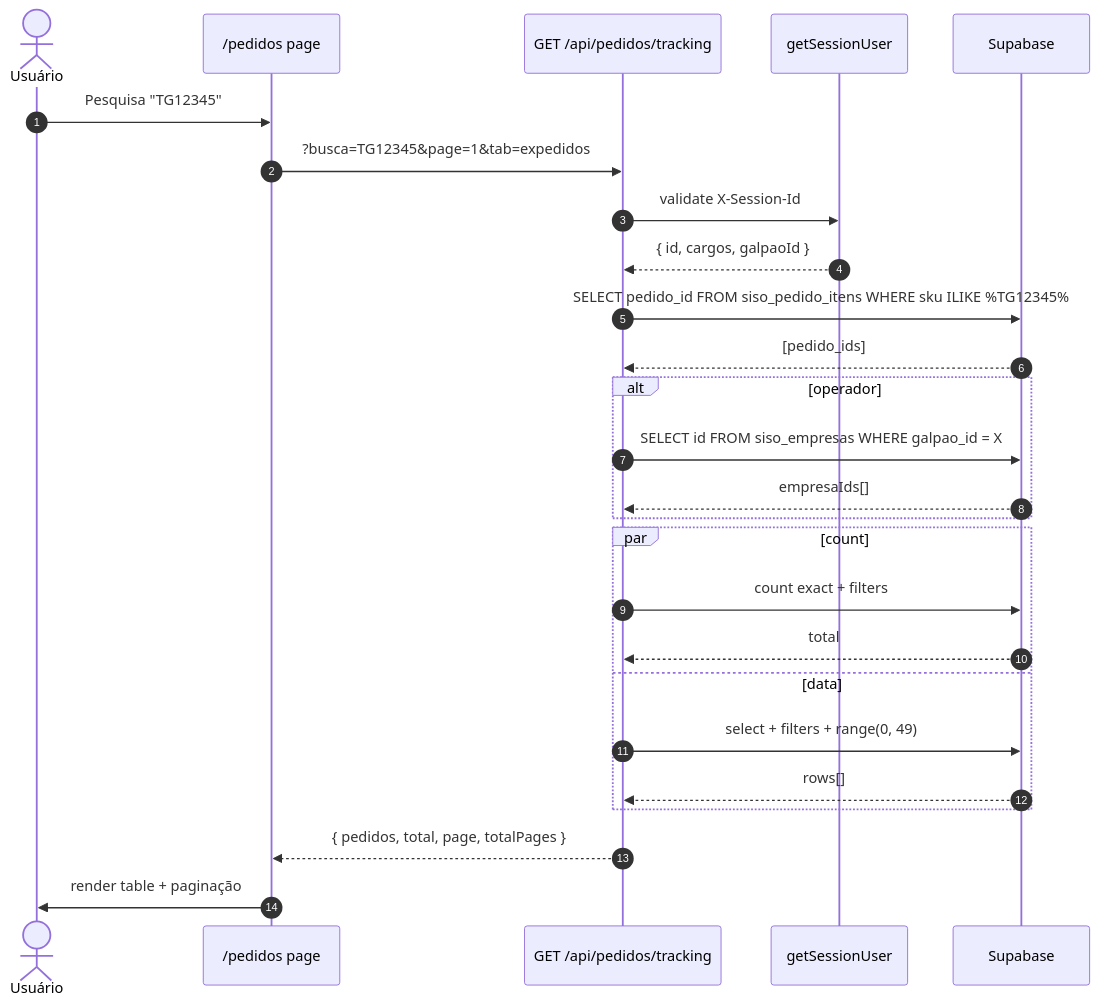
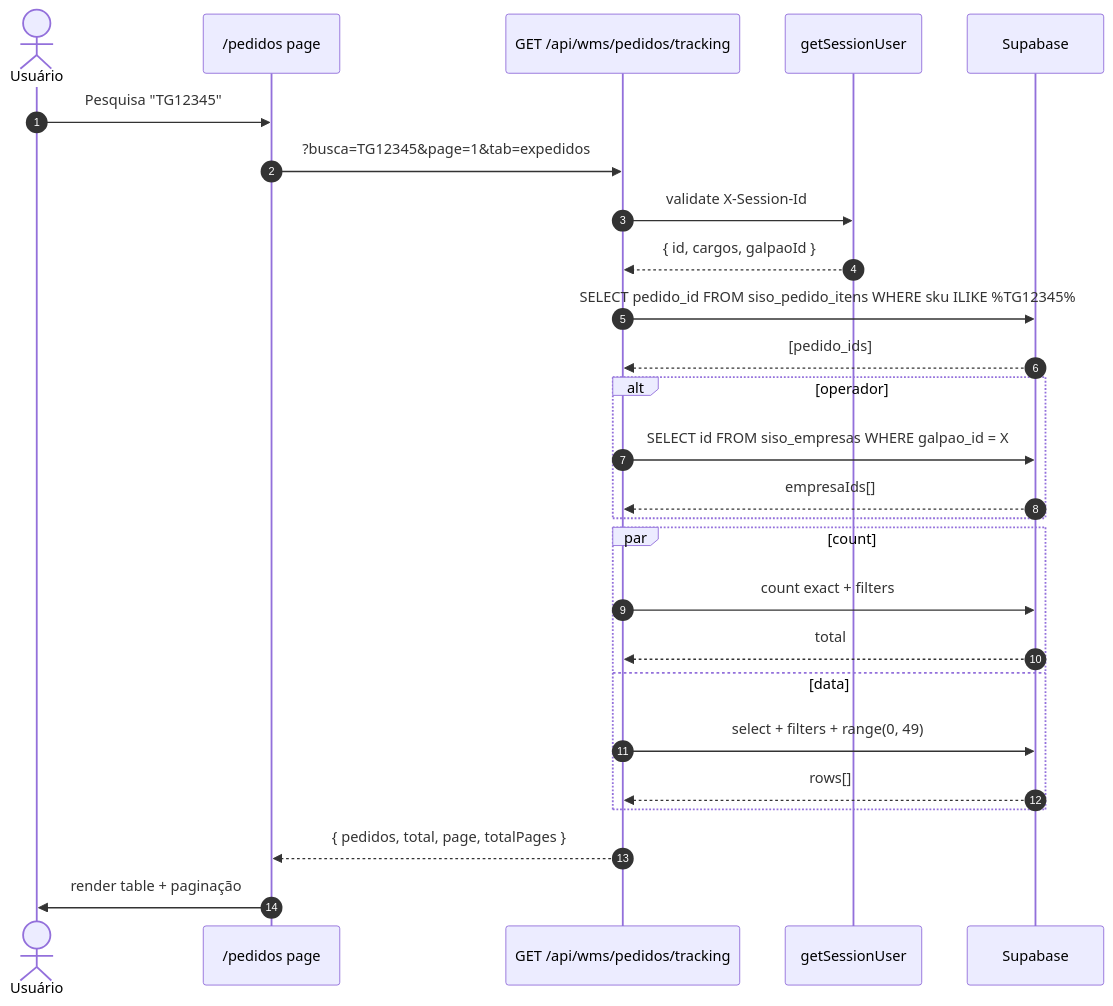
Before and after one commit to Eryk-dev/estoquelever: the third of 5 diagrams in docs/fluxos/10-dashboards-tracking-observabilidade.md, drawn with Mermaid. The commit also changed other lines of this file and 20 other files, not shown here.

````diff
--- a/docs/fluxos/10-dashboards-tracking-observabilidade.md
+++ b/docs/fluxos/10-dashboards-tracking-observabilidade.md
@@ -1119,29 +1121,29 @@
 ```mermaid
 sequenceDiagram
     autonumber
     actor U as Usuário
     participant UI as /pedidos page
-    participant API as GET /api/pedidos/tracking
+    participant API as GET /api/wms/pedidos/tracking
     participant SES as getSessionUser
     participant DB as Supabase
 
     U->>UI: Pesquisa "TG12345"
     UI->>API: ?busca=TG12345&page=1&tab=expedidos
     API->>SES: validate X-Session-Id
     SES-->>API: { id, cargos, galpaoId }
     API->>DB: SELECT pedido_id FROM siso_pedido_itens WHERE sku ILIKE %TG12345%
     DB-->>API: [pedido_ids]
     alt operador
         API->>DB: SELECT id FROM siso_empresas WHERE galpao_id = X
         DB-->>API: empresaIds[]
     end
     par count
         API->>DB: count exact + filters
         DB-->>API: total
     and data
         API->>DB: select + filters + range(0, 49)
         DB-->>API: rows[]
     end
     API-->>UI: { pedidos, total, page, totalPages }
     UI->>U: render table + paginação
 ```
````
